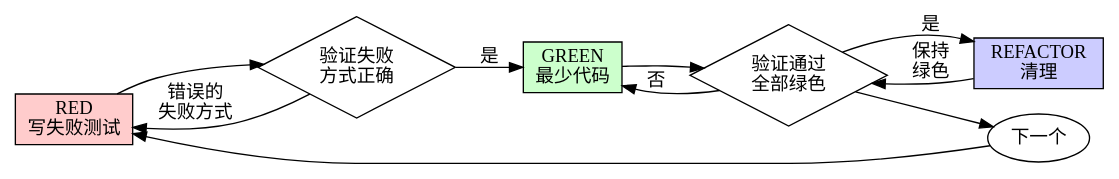
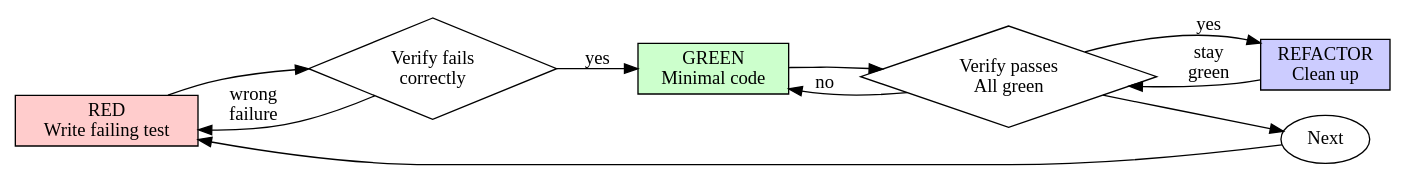
One commit to huaka1/oh-my-harness changed the diagram in skills/test-driven-development/SKILL.md. Above: the diagram before and after it, drawn with Graphviz. The commit also changed other lines of this file and 39 other files, not shown here.

````diff
--- a/skills/test-driven-development/SKILL.md
+++ b/skills/test-driven-development/SKILL.md
@@ -49,21 +49,21 @@
 ```dot
 digraph tdd_cycle {
     rankdir=LR;
-    red [label="RED\n写失败测试", shape=box, style=filled, fillcolor="#ffcccc"];
-    verify_red [label="验证失败\n方式正确", shape=diamond];
-    green [label="GREEN\n最少代码", shape=box, style=filled, fillcolor="#ccffcc"];
-    verify_green [label="验证通过\n全部绿色", shape=diamond];
-    refactor [label="REFACTOR\n清理", shape=box, style=filled, fillcolor="#ccccff"];
-    next [label="下一个", shape=ellipse];
+    red [label="RED\nWrite failing test", shape=box, style=filled, fillcolor="#ffcccc"];
+    verify_red [label="Verify fails\ncorrectly", shape=diamond];
+    green [label="GREEN\nMinimal code", shape=box, style=filled, fillcolor="#ccffcc"];
+    verify_green [label="Verify passes\nAll green", shape=diamond];
+    refactor [label="REFACTOR\nClean up", shape=box, style=filled, fillcolor="#ccccff"];
+    next [label="Next", shape=ellipse];
 
     red -> verify_red;
-    verify_red -> green [label="是"];
-    verify_red -> red [label="错误的\n失败方式"];
+    verify_red -> green [label="yes"];
+    verify_red -> red [label="wrong\nfailure"];
     green -> verify_green;
-    verify_green -> refactor [label="是"];
-    verify_green -> green [label="否"];
-    refactor -> verify_green [label="保持\n绿色"];
+    verify_green -> refactor [label="yes"];
+    verify_green -> green [label="no"];
+    refactor -> verify_green [label="stay\ngreen"];
     verify_green -> next;
     next -> red;
 }
 ```
````
